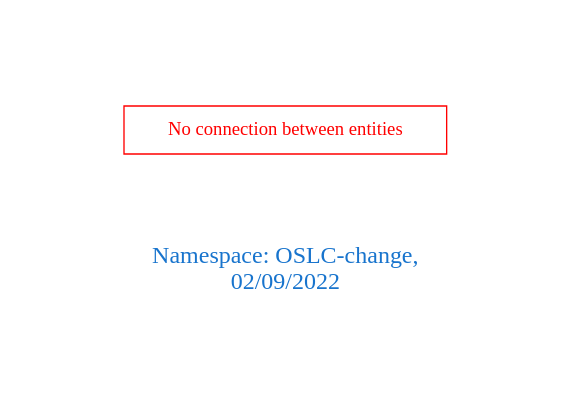
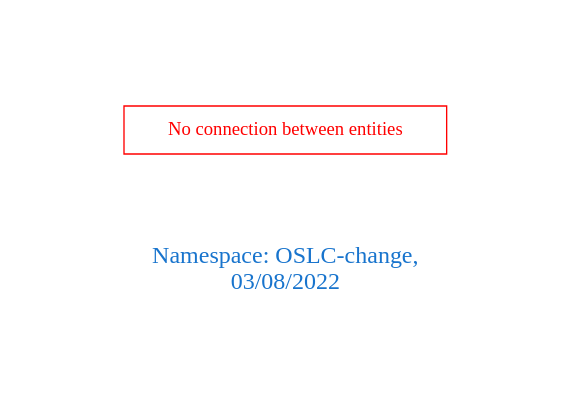
One commit to arago/OGIT changed the diagram in downloads/OSLC-change.dot. Above: the diagram before and after it, drawn with Graphviz. The commit also changed 1906 other files, not shown here.

```diff
--- a/downloads/OSLC-change.dot
+++ b/downloads/OSLC-change.dot
@@ -1,9 +1,9 @@
 digraph OGIT_ontology {
  graph [ rankdir= LR,pad=1 
 fontsize = 18,
-fontcolor= dodgerblue3,label = "\n\n\nNamespace: OSLC-change, \n 02/09/2022"];
+fontcolor= dodgerblue3,label = "\n\n\nNamespace: OSLC-change, \n 03/08/2022"];
 node[shape=polygon];
 edge [  color="gray81"];
 
 "No connection between entities" [fontcolor = "red",color="red", shape="polygon"]
 }
```
